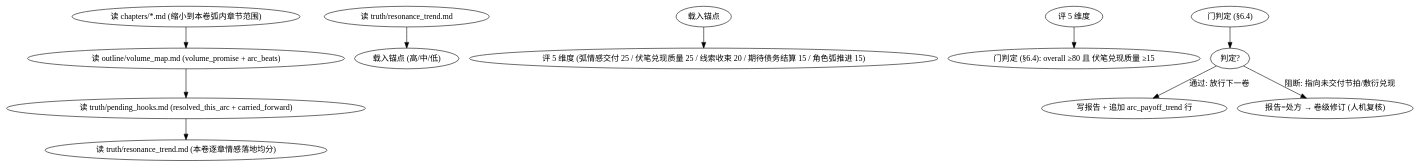
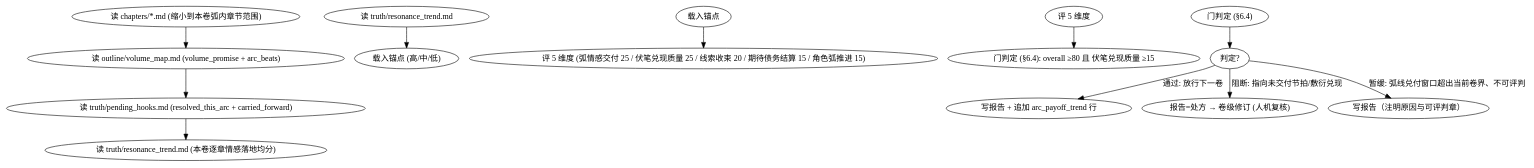
Before and after one commit to ThomasChangX/shenbi: the diagram in skills/shenbi-review-arc-payoff/SKILL.md, drawn with Graphviz. The commit also changed other lines of this file and 3 other files, not shown here.

````diff
--- a/skills/shenbi-review-arc-payoff/SKILL.md
+++ b/skills/shenbi-review-arc-payoff/SKILL.md
@@ -73,14 +73,15 @@
 ```dot
 digraph review_arc_payoff {
     rankdir=TB;
     "读 chapters/*.md (缩小到本卷弧内章节范围)" -> "读 outline/volume_map.md (volume_promise + arc_beats)";
     "读 outline/volume_map.md (volume_promise + arc_beats)" -> "读 truth/pending_hooks.md (resolved_this_arc + carried_forward)";
     "读 truth/pending_hooks.md (resolved_this_arc + carried_forward)" -> "读 truth/resonance_trend.md (本卷逐章情感落地均分)";
     "读 truth/resonance_trend.md" -> "载入锚点 (高/中/低)";
     "载入锚点" -> "评 5 维度 (弧情感交付 25 / 伏笔兑现质量 25 / 线索收束 20 / 期待债务结算 15 / 角色弧推进 15)";
     "评 5 维度" -> "门判定 (§6.4): overall ≥80 且 伏笔兑现质量 ≥15";
     "门判定 (§6.4)" -> "判定?";
     "判定?" -> "写报告 + 追加 arc_payoff_trend 行" [label="通过: 放行下一卷"];
     "判定?" -> "报告=处方 → 卷级修订 (人机复核)" [label="阻断: 指向未交付节拍/敷衍兑现"];
+    "判定?" -> "写报告（注明原因与可评判章）" [label="暂缓: 弧线兑付窗口超出当前卷界、不可评判"];
 }
 ```
````
